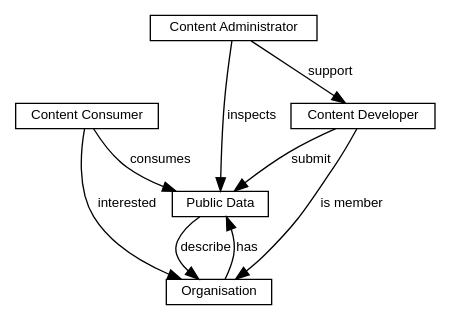
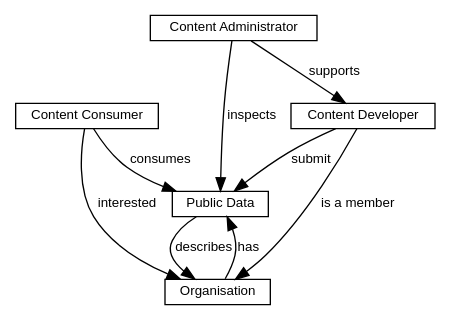
The diagram in doc/paper/conc-model.dot (istlab/web), drawn with Graphviz before and after one commit. The commit also changed 2 other files, not shown here.

```diff
--- a/doc/paper/conc-model.dot
+++ b/doc/paper/conc-model.dot
@@ -1,23 +1,23 @@
 #!/usr/bin/dot
 # $Id$
 
 digraph G{
 	//nodesep=.1;
 	node [height=.15,shape=box,fontname="Helvetica",fontsize=10];
 	edge [arrowhead=normal,arrowtail=none,fontname="Helvetica",fontsize=10];
 	
 	content_provider [label="Content Developer"];
 	public_data [label="Public Data"];
 	system_administrator [label="Content Administrator"];
 	end_user [label="Content Consumer"];
 	organisation [label="Organisation"];
 	
 	content_provider->public_data [label="submit"];
-	system_administrator->content_provider [label="support"];
-	content_provider->organisation [label="is member"];
-	public_data->organisation [label="describe"];
+	system_administrator->content_provider [label="supports"];
+	content_provider->organisation [label="is a member"];
+	public_data->organisation [label="describes"];
 	end_user->organisation [label="interested"];
 	organisation->public_data [label="has"];
 	end_user->public_data [label="consumes"];
 	system_administrator->public_data [label="inspects"];
 }
```
